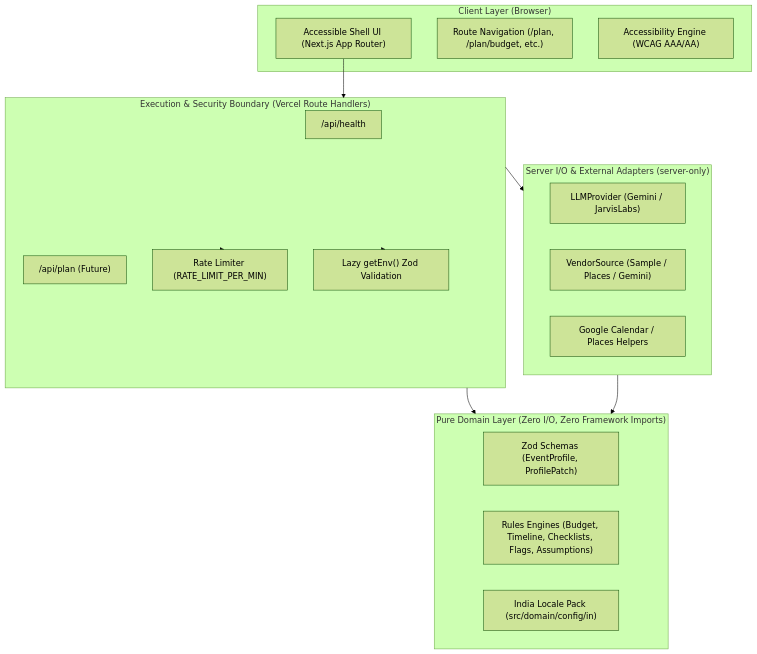
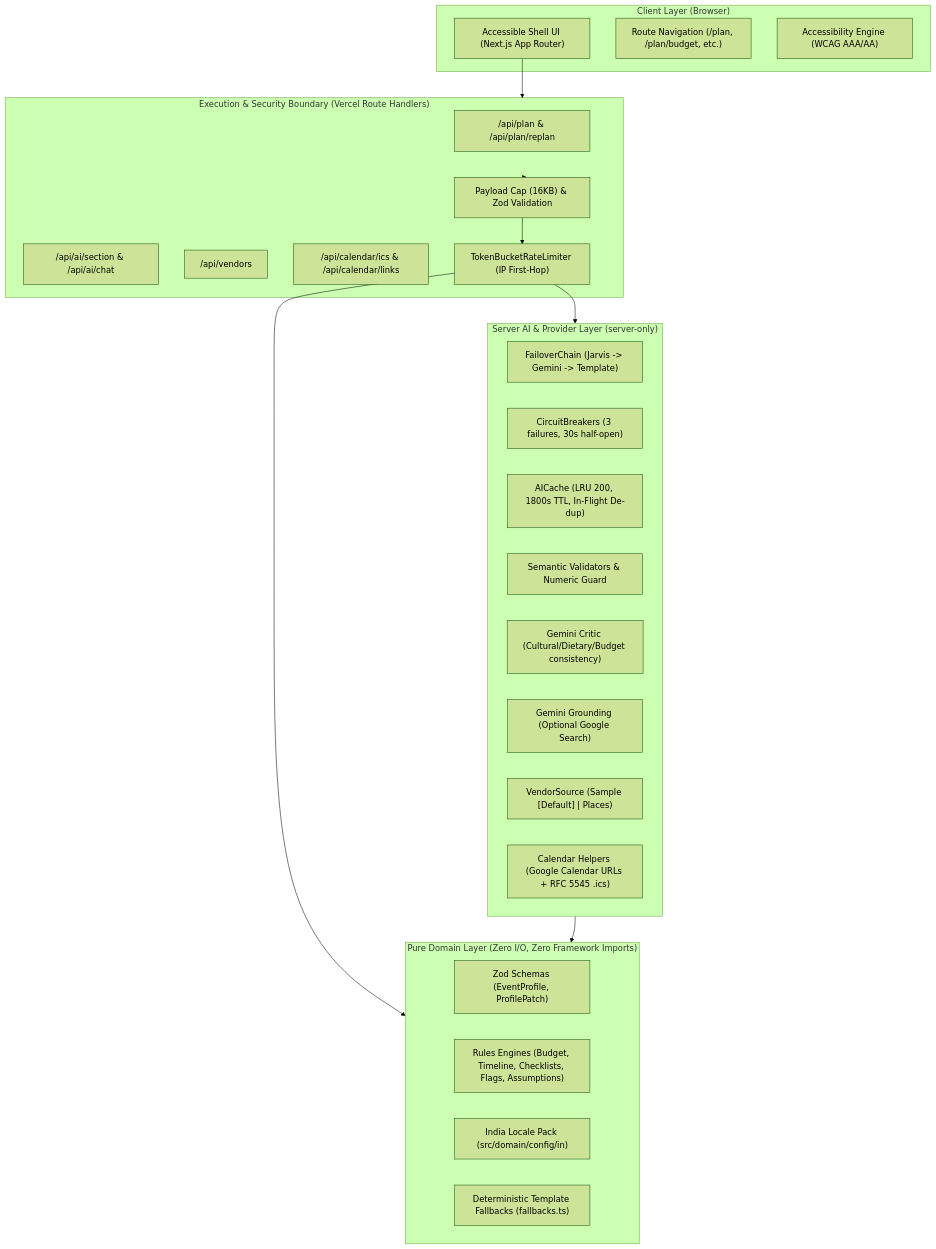
Before and after one commit to CodeCatalyst-07/utsav_planner: the first of 4 diagrams in docs/architecture.md, drawn with Mermaid (forest theme). The commit also changed other lines of this file and 183 other files, not shown here.

````diff
--- a/docs/architecture.md
+++ b/docs/architecture.md
@@ -7,34 +22,42 @@
 ```mermaid
 graph TD
     subgraph Browser ["Client Layer (Browser)"]
         UI["Accessible Shell UI (Next.js App Router)"]
         Nav["Route Navigation (/plan, /plan/budget, etc.)"]
         Axe["Accessibility Engine (WCAG AAA/AA)"]
     end
 
     subgraph API ["Execution & Security Boundary (Vercel Route Handlers)"]
-        HealthAPI["/api/health"]
-        PlanAPI["/api/plan (Future)"]
-        RateLimiter["Rate Limiter (RATE_LIMIT_PER_MIN)"]
-        EnvValidation["Lazy getEnv() Zod Validation"]
+        PlanAPI["/api/plan & /api/plan/replan"]
+        AIAPI["/api/ai/section & /api/ai/chat"]
+        VendorAPI["/api/vendors"]
+        CalAPI["/api/calendar/ics & /api/calendar/links"]
+        RateLimiter["TokenBucketRateLimiter (IP First-Hop)"]
+        PayloadGuard["Payload Cap (16KB) & Zod Validation"]
     end
 
     subgraph Domain ["Pure Domain Layer (Zero I/O, Zero Framework Imports)"]
         Schemas["Zod Schemas (EventProfile, ProfilePatch)"]
         Rules["Rules Engines (Budget, Timeline, Checklists, Flags, Assumptions)"]
         LocalePack["India Locale Pack (src/domain/config/in)"]
+        Fallbacks["Deterministic Template Fallbacks (fallbacks.ts)"]
     end
 
-    subgraph ServerIO ["Server I/O & External Adapters (server-only)"]
-        LLM["LLMProvider (Gemini / JarvisLabs)"]
-        Vendors["VendorSource (Sample / Places / Gemini)"]
-        GoogleSync["Google Calendar / Places Helpers"]
+    subgraph ServerIO ["Server AI & Provider Layer (server-only)"]
+        Chain["FailoverChain (Jarvis -> Gemini -> Template)"]
+        Breaker["CircuitBreakers (3 failures, 30s half-open)"]
+        Cache["AICache (LRU 200, 1800s TTL, In-Flight De-dup)"]
+        Validators["Semantic Validators & Numeric Guard"]
+        Critic["Gemini Critic (Cultural/Dietary/Budget consistency)"]
+        Grounding["Gemini Grounding (Optional Google Search)"]
+        Vendors["VendorSource (Sample [Default] | Places)"]
+        Calendar["Calendar Helpers (Google Calendar URLs + RFC 5545 .ics)"]
     end
 
     UI --> API
-    API --> EnvValidation
-    API --> RateLimiter
-    API --> Domain
-    API --> ServerIO
+    API --> PayloadGuard
+    PayloadGuard --> RateLimiter
+    RateLimiter --> Domain
+    RateLimiter --> ServerIO
     ServerIO --> Domain
 ```
````
